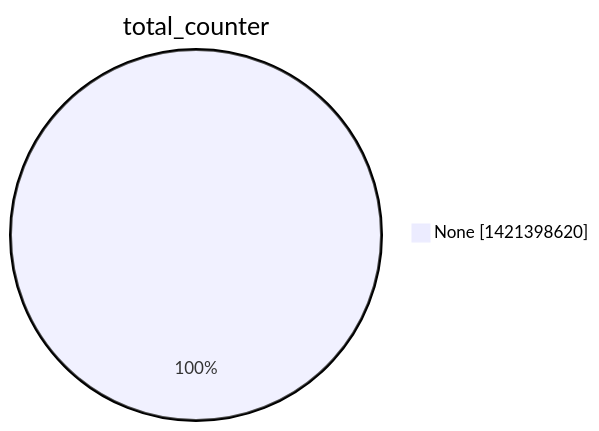
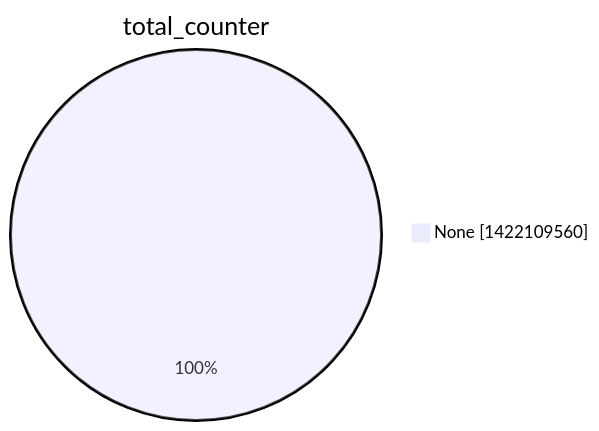
Before and after one commit to christiankrug/ctmonitor_visualization: the second of 15 diagrams in argon2022/README.md, drawn with Mermaid. The commit also changed other lines of this file, not shown here.

````diff
--- a/argon2022/README.md
+++ b/argon2022/README.md
@@ -9,5 +9,5 @@
 ```mermaid
 pie showData
 title total_counter
-"None" :1421398620
+"None" :1422109560
 ```
````
